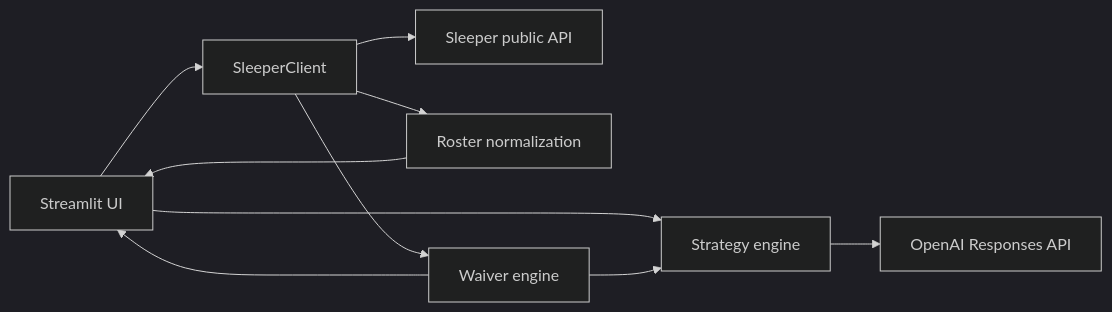
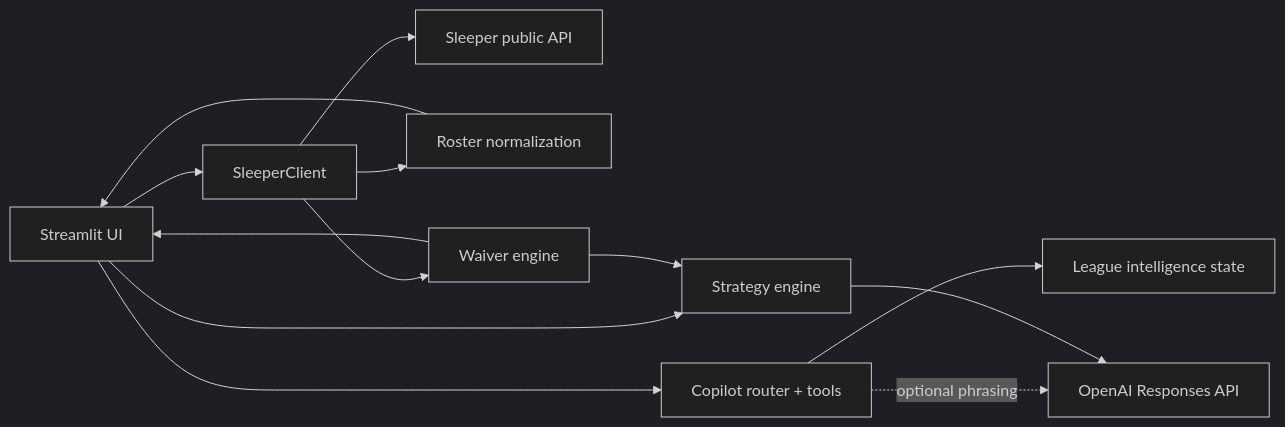
Before and after one commit to dylanlaewe/FanEdge: the diagram in README.md, drawn with Mermaid (dark theme). The commit also changed other lines of this file and 3 other files, not shown here.

Commit message:
feat: add league-aware Ask FanEdge copilot

````diff
--- a/README.md
+++ b/README.md
@@ -26,12 +26,15 @@
 ```mermaid
 flowchart LR
     U[Streamlit UI] --> S[SleeperClient]
+    U --> C[Copilot router + tools]
+    C --> M[League intelligence state]
+    C -. optional phrasing .-> O[OpenAI Responses API]
     S --> A[Sleeper public API]
     U --> E[Strategy engine]
     E --> O[OpenAI Responses API]
     S --> N[Roster normalization]
     N --> U
     S --> W[Waiver engine]
     W --> U
     W --> E
 ```
````
